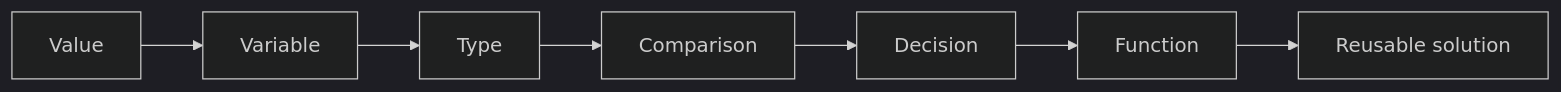
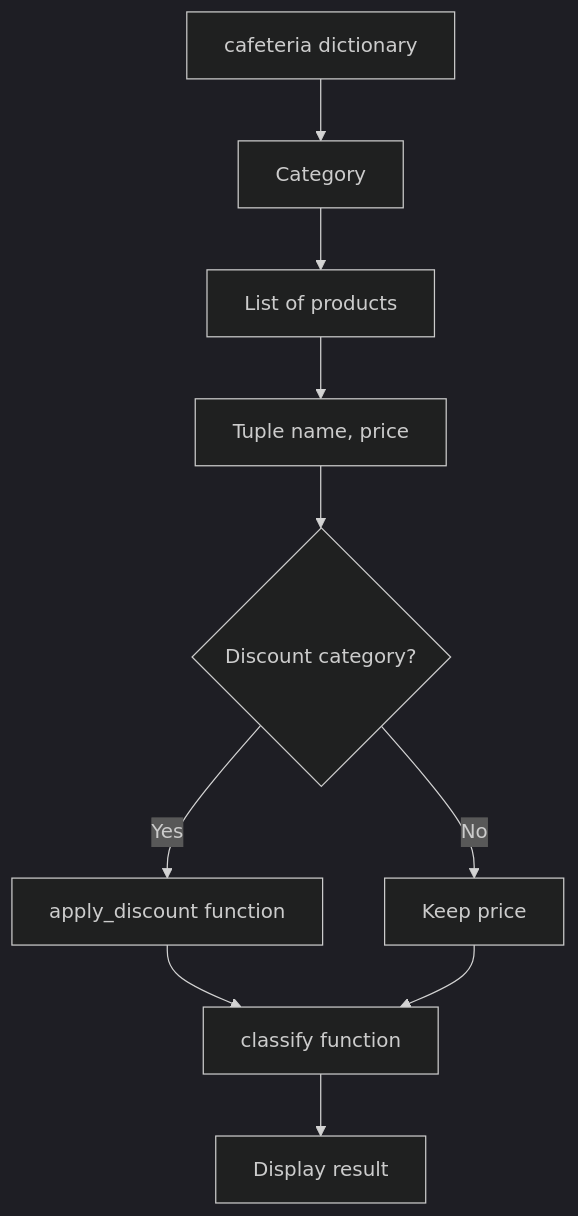
The ninth of 11 diagrams in sessions/session-01_en.md (DIALVEBE/DataScienceProgramming), drawn with Mermaid (dark theme) before and after one commit. The commit also changed other lines of this file and 9 other files, not shown here.

````diff
--- a/sessions/session-01_en.md
+++ b/sessions/session-01_en.md
@@ -753,9 +761,12 @@
 ```mermaid
-flowchart LR
-    A[Value] --> B[Variable]
-    B --> C[Type]
-    C --> D[Comparison]
-    D --> E[Decision]
-    E --> F[Function]
-    F --> G[Reusable solution]
+flowchart TD
+    A[cafeteria dictionary] --> B[Category]
+    B --> C[List of products]
+    C --> D[Tuple name, price]
+    D --> E{Discount category?}
+    E -- Yes --> F[apply_discount function]
+    E -- No --> G[Keep price]
+    F --> H[classify function]
+    G --> H
+    H --> I[Display result]
 ```
````
